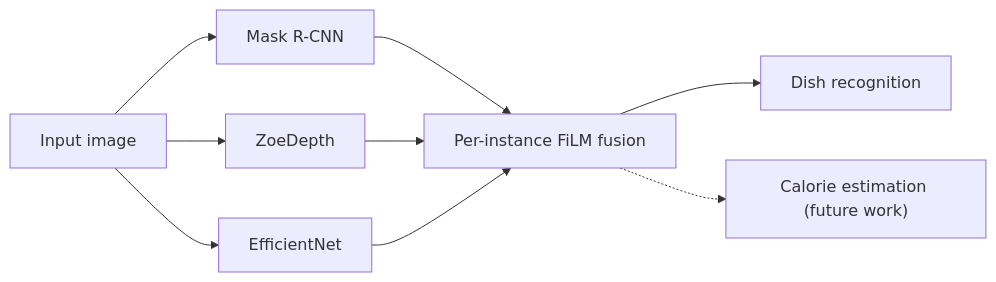
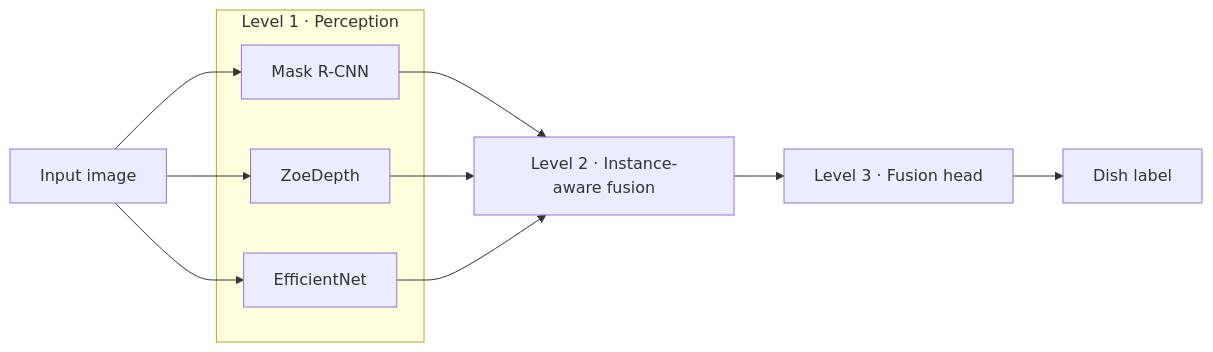
Before and after one commit to FatemaKotb/An-Instance-Aware-Multi-Task-Network-for-Food-Calorie-Estimation-from-a-Single-Image: the diagram in README.md, drawn with Mermaid. The commit also changed other lines of this file, not shown here.

````diff
--- a/README.md
+++ b/README.md
@@ -7,11 +5,21 @@
 ```mermaid
 flowchart LR
-    IMG[Input image] --> SEG[Mask R-CNN]
-    IMG --> DEPTH[ZoeDepth]
-    IMG --> BB[EfficientNet]
-    SEG --> FUSE[Per-instance FiLM fusion]
-    DEPTH --> FUSE
-    BB --> FUSE
-    FUSE --> CLS[Dish recognition]
-    FUSE -.-> CAL["Calorie estimation (future work)"]
+    IMG[Input image]
+
+    subgraph L1["Level 1 · Perception"]
+        SEG[Mask R-CNN]
+        DEPTH[ZoeDepth]
+        BB[EfficientNet]
+    end
+
+    IMG --> SEG
+    IMG --> DEPTH
+    IMG --> BB
+
+    SEG --> L2["Level 2 · Instance-aware fusion"]
+    DEPTH --> L2
+    BB --> L2
+
+    L2 --> L3["Level 3 · Fusion head"]
+    L3 --> LBL[Dish label]
 ```
````
